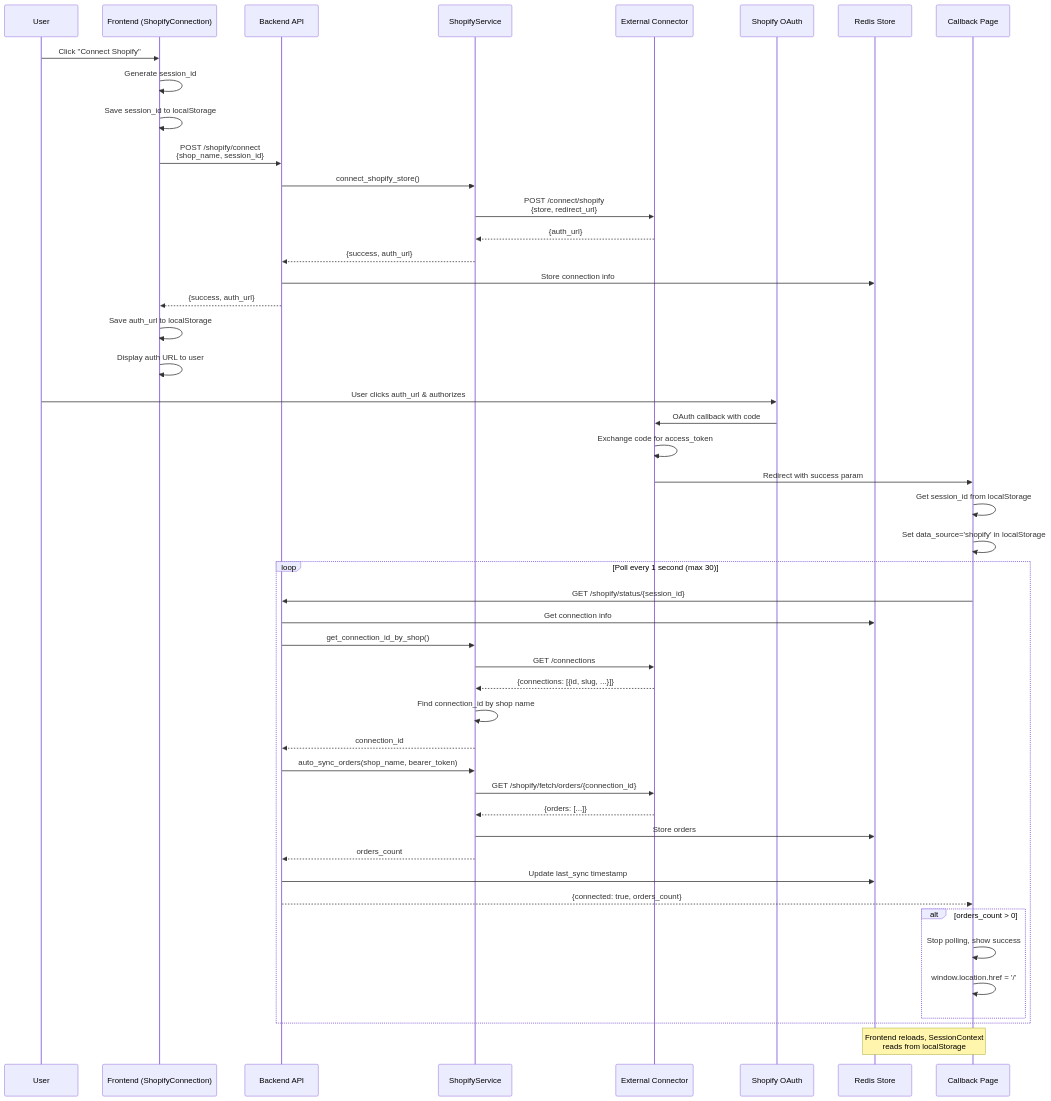
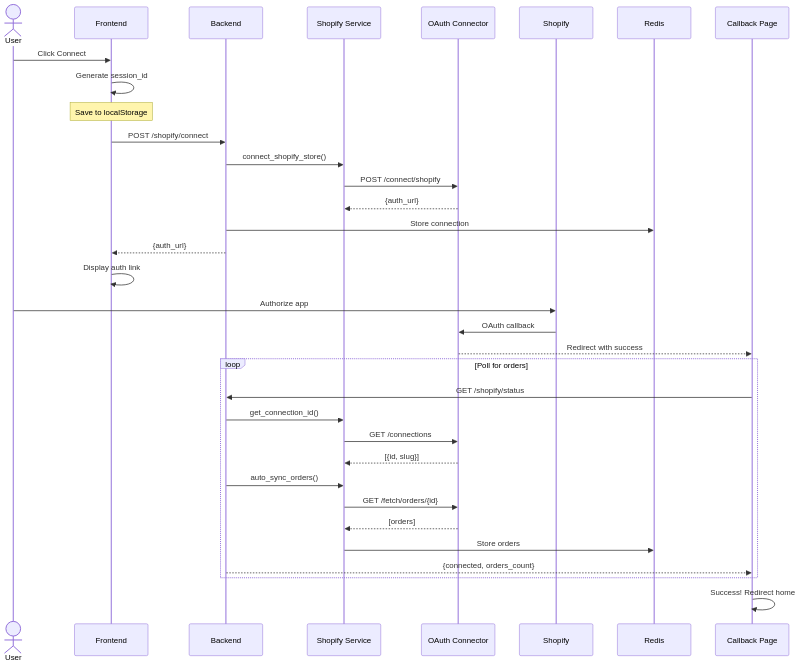
One commit to Dprof-in-tech/peppasync-langchain changed the fifth of 11 diagrams in C4-ARCHITECTURE.md. Above: the diagram before and after it, drawn with Mermaid. The commit also changed other lines of this file, not shown here.

Commit message:
feat: Revise C4 architecture documentation for PeppaSync platform with updated diagrams and detailed overviews

````diff
--- a/C4-ARCHITECTURE.md
+++ b/C4-ARCHITECTURE.md
@@ -173,60 +196,42 @@
 ```mermaid
 sequenceDiagram
-    participant U as User
-    participant FE as Frontend (ShopifyConnection)
-    participant API as Backend API
-    participant SS as ShopifyService
-    participant Conn as External Connector
-    participant Shop as Shopify OAuth
-    participant Redis as Redis Store
-    participant Callback as Callback Page
+    actor User
+    participant FE as Frontend
+    participant API as Backend
+    participant SS as Shopify Service
+    participant Conn as OAuth Connector
+    participant Shop as Shopify
+    participant Redis
+    participant CB as Callback Page
 
-    U->>FE: Click "Connect Shopify"
+    User->>FE: Click Connect
     FE->>FE: Generate session_id
-    FE->>FE: Save session_id to localStorage
+    Note over FE: Save to localStorage
 
-    FE->>API: POST /shopify/connect<br/>{shop_name, session_id}
+    FE->>API: POST /shopify/connect
     API->>SS: connect_shopify_store()
-    SS->>Conn: POST /connect/shopify<br/>{store, redirect_url}
+    SS->>Conn: POST /connect/shopify
     Conn-->>SS: {auth_url}
-    SS-->>API: {success, auth_url}
-    API->>Redis: Store connection info
-    API-->>FE: {success, auth_url}
+    API->>Redis: Store connection
+    API-->>FE: {auth_url}
 
-    FE->>FE: Save auth_url to localStorage
-    FE->>FE: Display auth URL to user
+    FE->>FE: Display auth link
+    User->>Shop: Authorize app
+    Shop->>Conn: OAuth callback
+    Conn-->>CB: Redirect with success
 
-    U->>Shop: User clicks auth_url & authorizes
-    Shop->>Conn: OAuth callback with code
-    Conn->>Conn: Exchange code for access_token
-    Conn->>Callback: Redirect with success param
+    loop Poll for orders
+        CB->>API: GET /shopify/status
+        API->>SS: get_connection_id()
+        SS->>Conn: GET /connections
+        Conn-->>SS: [{id, slug}]
 
-    Callback->>Callback: Get session_id from localStorage
-    Callback->>Callback: Set data_source='shopify' in localStorage
-
-    loop Poll every 1 second (max 30)
-        Callback->>API: GET /shopify/status/{session_id}
-        API->>Redis: Get connection info
-        API->>SS: get_connection_id_by_shop()
-        SS->>Conn: GET /connections
-        Conn-->>SS: {connections: [{id, slug, ...}]}
-        SS->>SS: Find connection_id by shop name
-        SS-->>API: connection_id
-
-        API->>SS: auto_sync_orders(shop_name, bearer_token)
-        SS->>Conn: GET /shopify/fetch/orders/{connection_id}
-        Conn-->>SS: {orders: [...]}
+        API->>SS: auto_sync_orders()
+        SS->>Conn: GET /fetch/orders/{id}
+        Conn-->>SS: [orders]
         SS->>Redis: Store orders
-        SS-->>API: orders_count
-
-        API->>Redis: Update last_sync timestamp
-        API-->>Callback: {connected: true, orders_count}
-
-        alt orders_count > 0
-            Callback->>Callback: Stop polling, show success
-            Callback->>Callback: window.location.href = '/'
-        end
+        API-->>CB: {connected, orders_count}
     end
 
-    Note over Callback,Redis: Frontend reloads, SessionContext<br/>reads from localStorage
+    CB->>CB: Success! Redirect home
 ```
````
